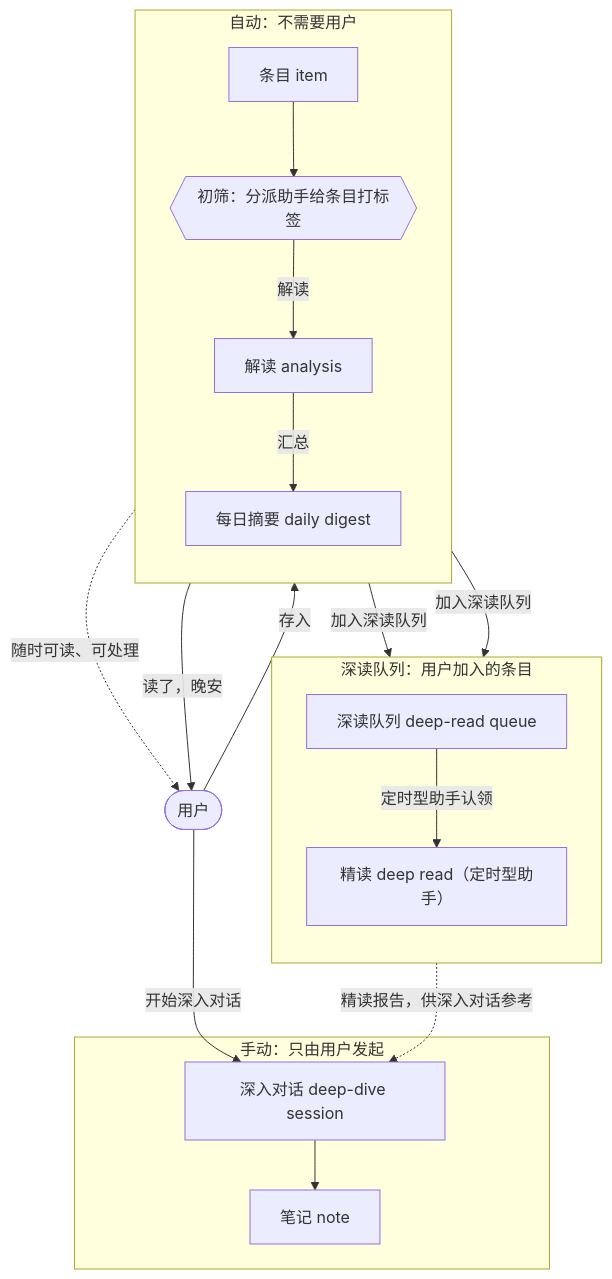
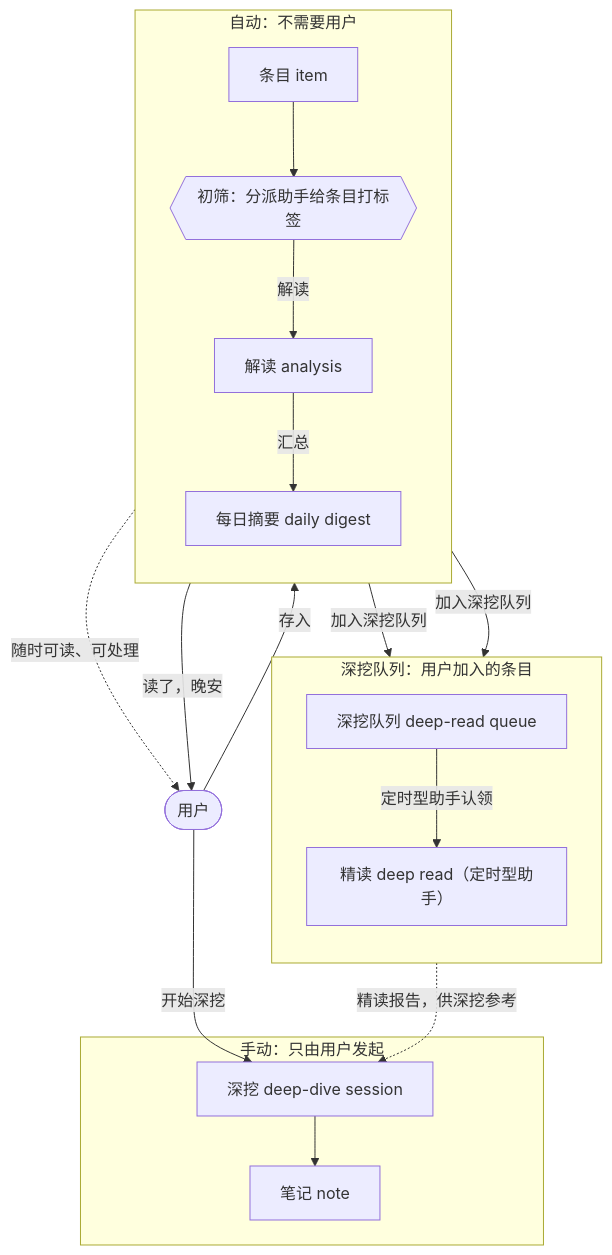
One commit to KeepEssenceApp/spec changed the diagram in product/form.md. Above: the diagram before and after it, drawn with Mermaid. The commit also changed other lines of this file and 17 other files, not shown here.

````diff
--- a/product/form.md
+++ b/product/form.md
@@ -24,30 +26,30 @@
 ```mermaid
 flowchart TB
     U(["用户"])
     subgraph auto["自动：不需要用户"]
         direction TB
         B["条目 item"]
         S{{"初筛：分派助手给条目打标签"}}
         D["解读 analysis"]
         N["每日摘要 daily digest"]
         B --> S -->|"解读"| D -->|"汇总"| N
     end
-    subgraph deep["深读队列：用户加入的条目"]
+    subgraph deep["深挖队列：用户加入的条目"]
         direction TB
-        Q["深读队列 deep-read queue"]
+        Q["深挖队列 deep-read queue"]
         R["精读 deep read（定时型助手）"]
         Q -->|"定时型助手认领"| R
     end
     subgraph manual["手动：只由用户发起"]
-        T["深入对话 deep-dive session"]
+        T["深挖 deep-dive session"]
         H["笔记 note"]
         T --> H
     end
     U -->|"存入"| B
     D -.->|"随时可读、可处理"| U
     N -->|"读了，晚安"| U
-    D -->|"加入深读队列"| Q
-    N -->|"加入深读队列"| Q
-    R -.->|"精读报告，供深入对话参考"| T
-    U -->|"开始深入对话"| T
+    D -->|"加入深挖队列"| Q
+    N -->|"加入深挖队列"| Q
+    R -.->|"精读报告，供深挖参考"| T
+    U -->|"开始深挖"| T
 ```
````
